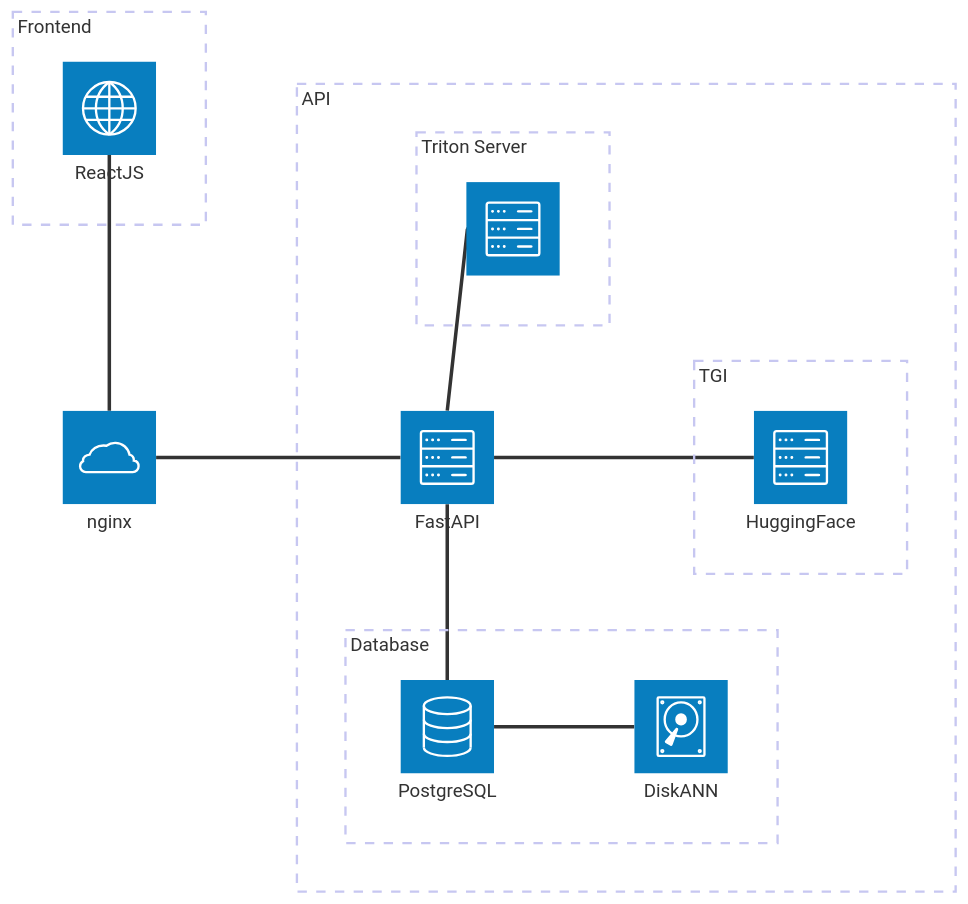
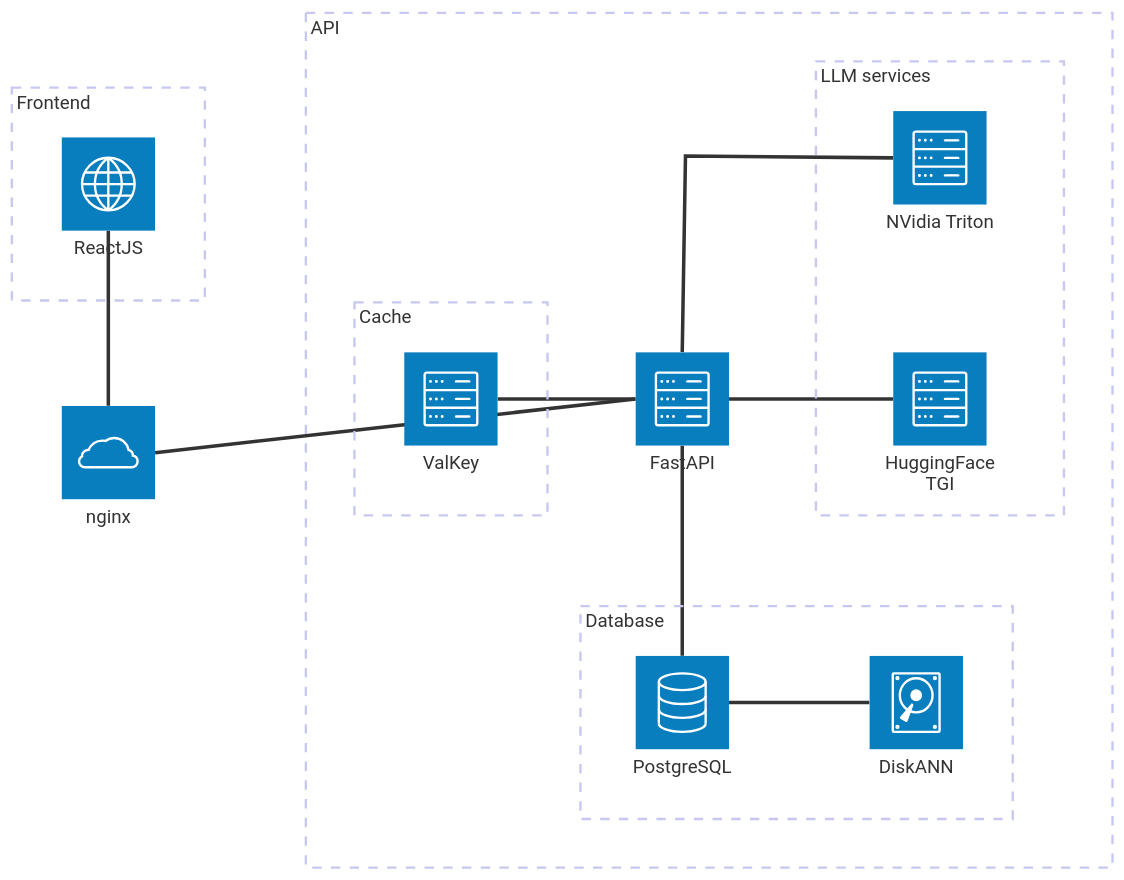
The diagram in README.md (LIBRA-AI-Tech/mousse), drawn with Mermaid before and after one commit. The commit also changed other lines of this file, not shown here.

Commit message:
Update README with clustering feature

````diff
--- a/README.md
+++ b/README.md
@@ -29,25 +35,27 @@
 ```mermaid
 architecture-beta
     group api[API]
     group front[Frontend]
-    group llm[TGI] in api
-    group inference[Triton Server] in api
+    group llm[LLM services] in api
+    group cache[Cache] in api
     group db[Database] in api
 
     service postgres(database)[PostgreSQL] in db
     service disk2(disk)[DiskANN] in db
     service server(server)[FastAPI] in api
-    service triton(server) in inference
-    service tgi(server)[HuggingFace] in llm
+    service valkey(server)[ValKey] in cache
+    service triton(server)[NVidia Triton] in llm
+    service tgi(server)[HuggingFace TGI] in llm
 
     service react(internet)[ReactJS] in front
 
     service gateway(cloud)[nginx]
 
     react:B -- T:gateway
     gateway:R -- L:server
     server:T -- L:triton
     postgres:T -- B:server
     tgi:L-- R:server
     disk2:L -- R:postgres
+    valkey:R -- L:server
 ```
````
